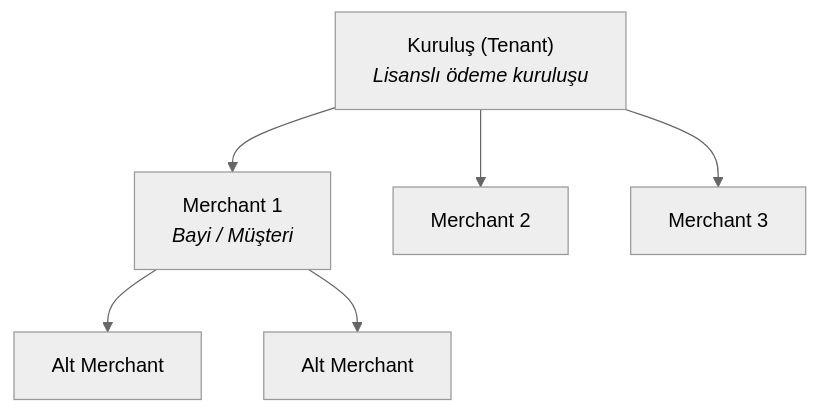
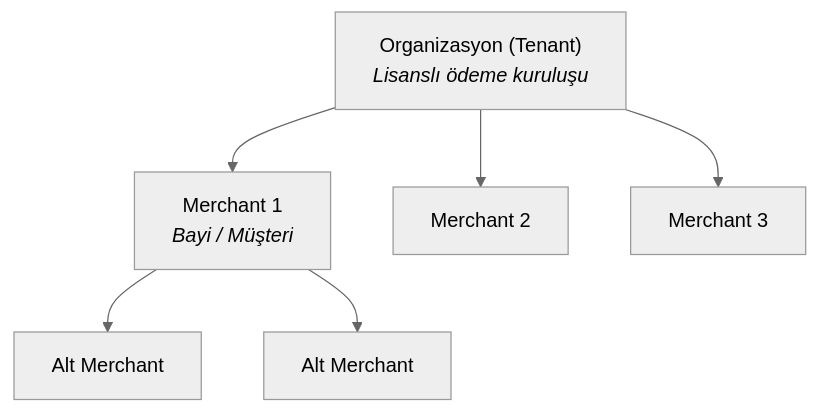
One commit to payment-pos/mintlify changed the second of 3 diagrams in documentation/architecture.mdx. Above: the diagram before and after it, drawn with Mermaid (neutral theme). The commit also changed other lines of this file and 25 other files, not shown here.

First line of the commit message:
docs: kuruluş → organizasyon (technical kullanım) + index lead zenginleştirme

````diff
--- a/documentation/architecture.mdx
+++ b/documentation/architecture.mdx
@@ -43,15 +43,15 @@
 ```mermaid
 flowchart TB
-    T["Kuruluş (Tenant)<br/><i>Lisanslı ödeme kuruluşu</i>"]
+    T["Organizasyon (Tenant)<br/><i>Lisanslı ödeme kuruluşu</i>"]
     M1["Merchant 1<br/><i>Bayi / Müşteri</i>"]
     M2["Merchant 2"]
     M3["Merchant 3"]
     SM1["Alt Merchant"]
     SM2["Alt Merchant"]
 
     T --> M1
     T --> M2
     T --> M3
     M1 --> SM1
     M1 --> SM2
 ```
````
